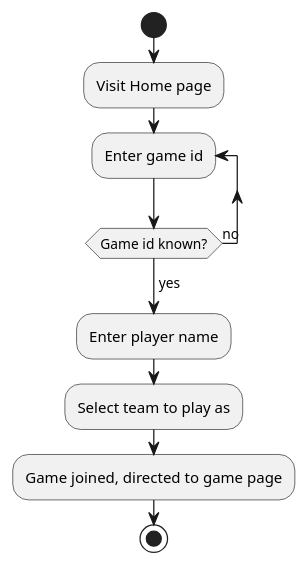
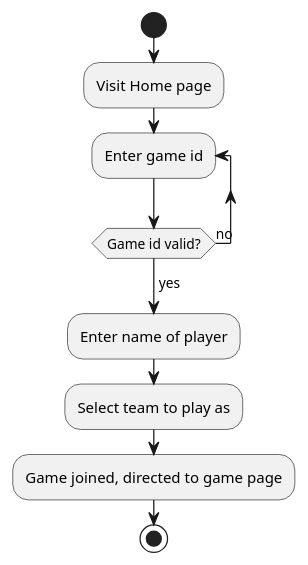
One commit to jcmvrij/c2app changed the diagram in packages/gui/doc/activity_diagrams/join-game.plantuml. Above: the diagram before and after it, drawn with PlantUML. The commit also changed 4 other files, not shown here.

Commit message:
updates activity diagrams + added JSON data in plantUML

```diff
--- a/packages/gui/doc/activity_diagrams/join-game.plantuml
+++ b/packages/gui/doc/activity_diagrams/join-game.plantuml
@@ -1,14 +1,14 @@
 @startuml Join Game
 start
 :Visit Home page;
 
 repeat :Enter game id;
-repeat while (Game id known?) is (no)
+repeat while (Game id valid?) is (no)
 -> yes;
 
-:Enter player name;
+:Enter name of player;
 :Select team to play as;
 :Game joined, directed to game page;
 stop
 
 @enduml
```
